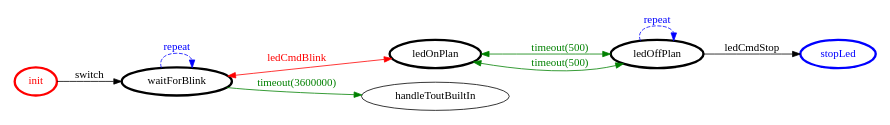
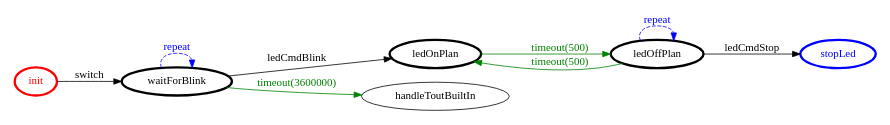
Before and after one commit to FraGio/iss2018: the diagram in it.unibo.problemAnalysis/srcMore/it/unibo/ledhuelamp/ledhuelamp.gv, drawn with Graphviz. The commit also changed 8 other files, not shown here.

```diff
--- a/it.unibo.problemAnalysis/srcMore/it/unibo/ledhuelamp/ledhuelamp.gv
+++ b/it.unibo.problemAnalysis/srcMore/it/unibo/ledhuelamp/ledhuelamp.gv
@@ -1,26 +1,26 @@
 /*
 *
 * A GraphViz DOT FSM description 
 * Please use a GraphViz visualizer (like http://www.webgraphviz.com)
 *  
 */
 
 digraph finite_state_machine {
 	rankdir=LR
 	size="8,5"
 	
 	init [ color = red ][ fontcolor = red ][ penwidth = 3 ]
 	ledOffPlan [ color = black ][ fontcolor = black ][ penwidth = 3 ]
 	ledOnPlan [ color = black ][ fontcolor = black ][ penwidth = 3 ]
 	waitForBlink [ color = black ][ fontcolor = black ][ penwidth = 3 ]
 	stopLed [ color = blue ][ fontcolor = blue ][ penwidth = 3 ]
 	
-	ledOnPlan -> ledOffPlan [ label = "timeout(500)" ][ color = green ][ fontcolor = green ][ dir = both ]
 	waitForBlink -> handleToutBuiltIn [ label = "timeout(3600000)" ][ color = green ][ fontcolor = green ]
-	waitForBlink -> ledOnPlan [ label = "ledCmdBlink" ][ color = red ][ fontcolor = red ][ dir = both ]
-	ledOffPlan -> ledOnPlan [ label = "timeout(500)" ][ color = green ][ fontcolor = green ][ dir = both ]
 	ledOffPlan -> ledOffPlan [ label = "repeat "][ style = dashed ][ color = blue ][ fontcolor = blue ]
 	ledOffPlan -> stopLed [ label = "ledCmdStop" ][ color = black ][ fontcolor = black ]
+	waitForBlink -> ledOnPlan [ label = "ledCmdBlink" ][ color = black ][ fontcolor = black ]
+	ledOffPlan -> ledOnPlan [ label = "timeout(500)" ][ color = green ][ fontcolor = green ]
+	ledOnPlan -> ledOffPlan [ label = "timeout(500)" ][ color = green ][ fontcolor = green ]
 	init -> waitForBlink [ label = "switch" ][ color = black ][ fontcolor = black ]
 	waitForBlink -> waitForBlink [ label = "repeat "][ style = dashed ][ color = blue ][ fontcolor = blue ]
 }
```
